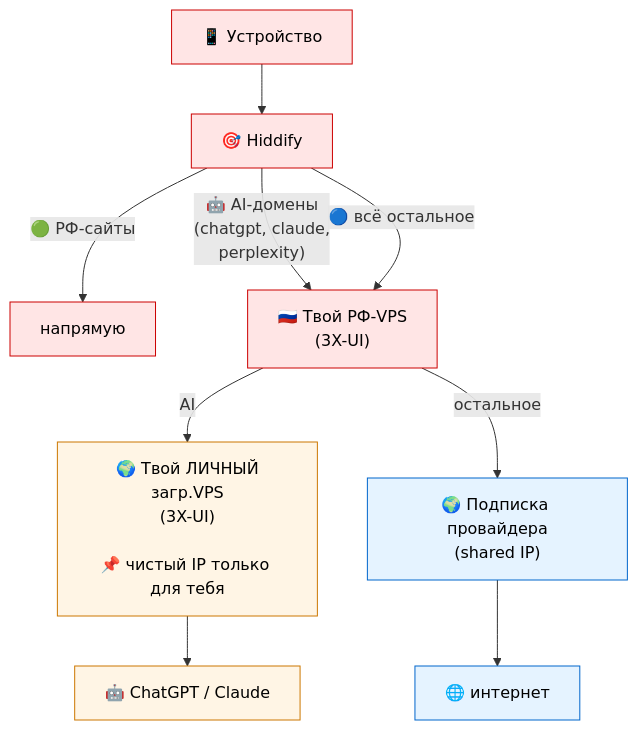
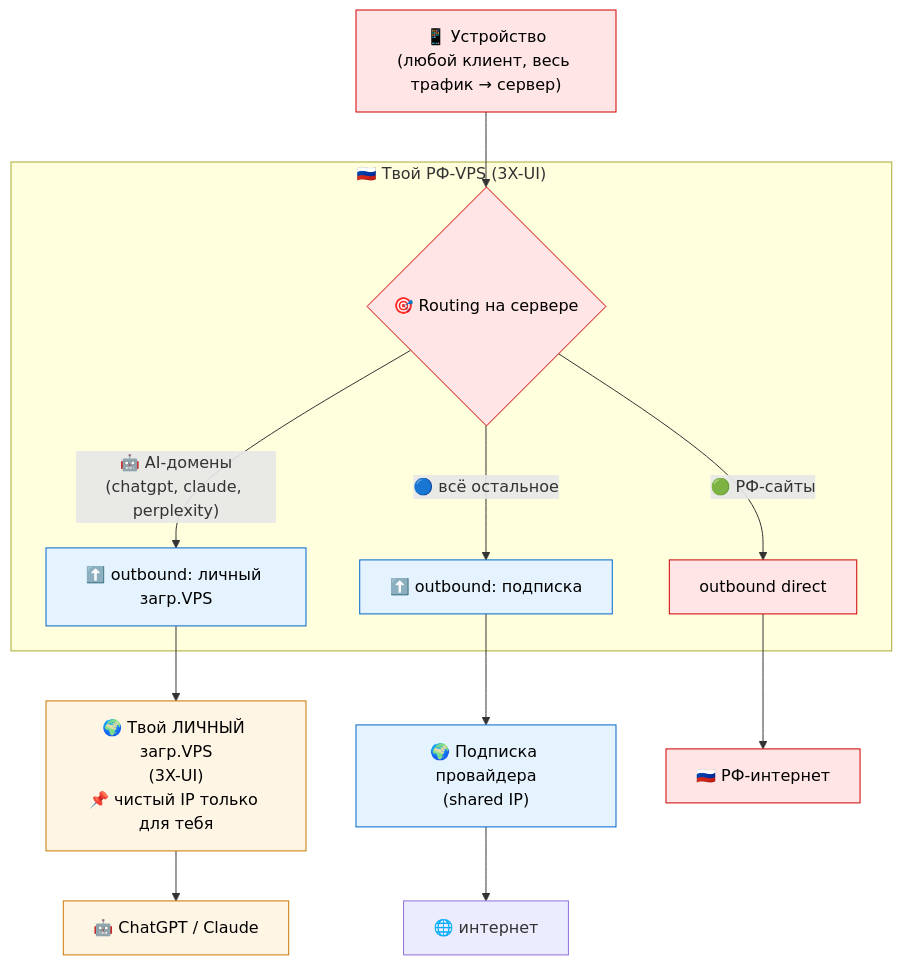
One commit to vefmvai/sysadmin changed the fourth of 5 diagrams in .claude/knowledge/networking/_diagrams/vpn-architecture-student.md. Above: the diagram before and after it, drawn with Mermaid. The commit also changed other lines of this file and 6 other files, not shown here.

First line of the commit message:
refactor(knowledge): маршрутизация на сервере (3X-UI) как дефолт вместо client-side Hiddify

````diff
--- a/.claude/knowledge/networking/_diagrams/vpn-architecture-student.md
+++ b/.claude/knowledge/networking/_diagrams/vpn-architecture-student.md
@@ -139,25 +149,27 @@
 ```mermaid
 flowchart TD
-    Phone["📱 Устройство"]
-    Phone --> Hiddify["🎯 Hiddify"]
+    Phone["📱 Устройство<br/>(любой клиент, весь трафик → сервер)"]
+    Phone --> Router
 
-    Hiddify -->|"🟢 РФ-сайты"| Direct["напрямую"]
-    Hiddify -->|"🤖 AI-домены<br/>(chatgpt, claude,<br/>perplexity)"| RuVPS
-    Hiddify -->|"🔵 всё остальное"| RuVPS
+    subgraph RuVPS["🇷🇺 Твой РФ-VPS (3X-UI)"]
+      Router{"🎯 Routing на сервере"}
+      Router -->|"🟢 РФ-сайты"| Direct["outbound direct"]
+      Router -->|"🤖 AI-домены<br/>(chatgpt, claude, perplexity)"| ToMyVPS["⬆️ outbound: личный загр.VPS"]
+      Router -->|"🔵 всё остальное"| ToProv["⬆️ outbound: подписка"]
+    end
 
-    RuVPS["🇷🇺 Твой РФ-VPS<br/>(3X-UI)"]
-
-    RuVPS -->|"AI"| MyVPS["🌍 Твой ЛИЧНЫЙ<br/>загр.VPS<br/>(3X-UI)<br/><br/>📌 чистый IP только для тебя"]
-    RuVPS -->|"остальное"| Provider["🌍 Подписка провайдера<br/>(shared IP)"]
+    ToMyVPS --> MyVPS["🌍 Твой ЛИЧНЫЙ загр.VPS<br/>(3X-UI)<br/>📌 чистый IP только для тебя"]
+    ToProv --> Provider["🌍 Подписка провайдера<br/>(shared IP)"]
 
     MyVPS --> AI["🤖 ChatGPT / Claude"]
     Provider --> Net["🌐 интернет"]
+    Direct --> NetRu["🇷🇺 РФ-интернет"]
 
     classDef ru fill:#ffe5e5,stroke:#cc0000,color:#000
     classDef ai fill:#fff5e5,stroke:#cc7700,color:#000
     classDef vpn fill:#e5f3ff,stroke:#0066cc,color:#000
 
-    class Phone,Hiddify,RuVPS,Direct ru
+    class Phone,Router,Direct,NetRu ru
     class MyVPS,AI ai
-    class Provider,Net vpn
+    class ToProv,Provider,ToMyVPS vpn
 ```
````
